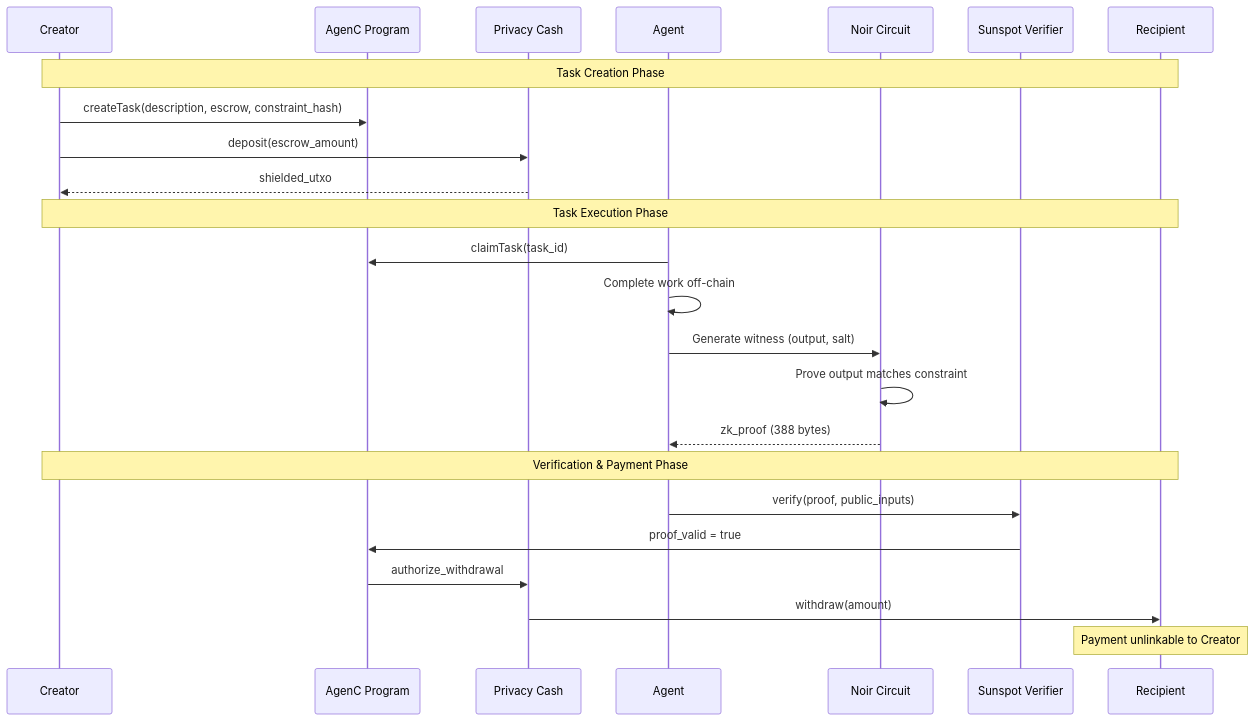
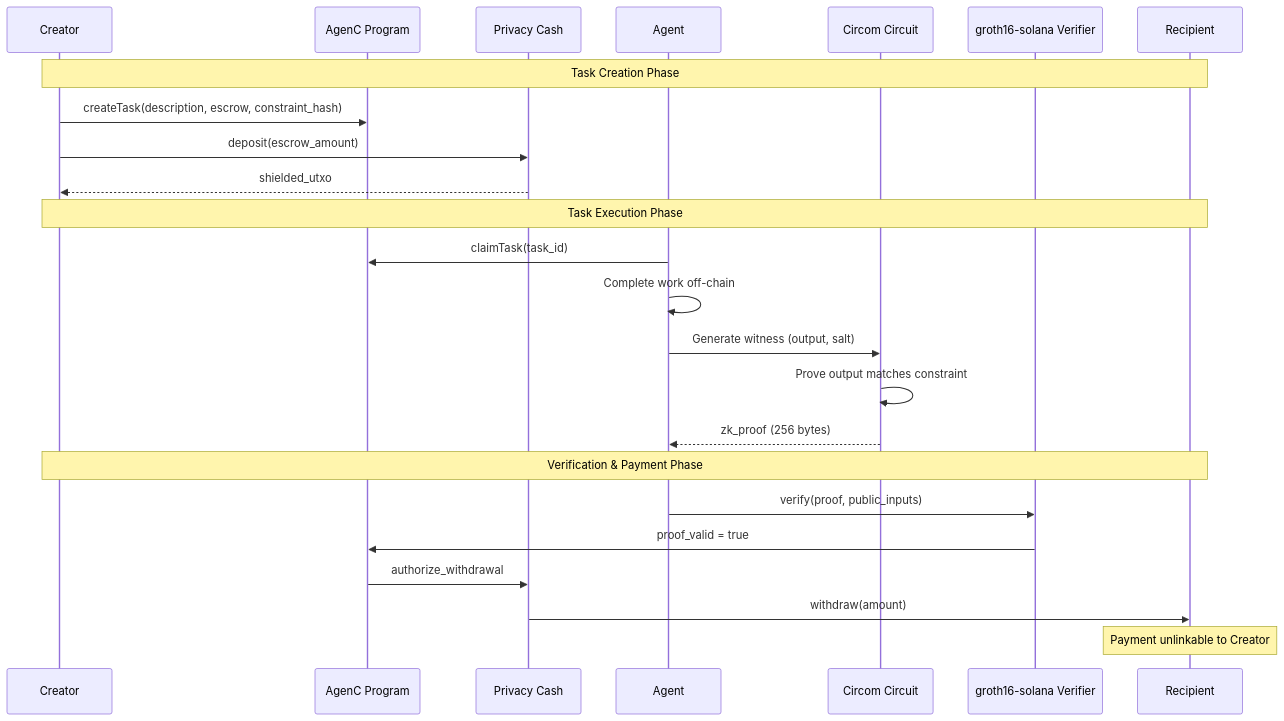
One commit to tetsuo-ai/AgenC changed the second of 2 diagrams in docs/architecture.md. Above: the diagram before and after it, drawn with Mermaid. The commit also changed other lines of this file and 10 other files, not shown here.

Commit message:
docs: remove Sunspot references, update to groth16-solana

````diff
--- a/docs/architecture.md
+++ b/docs/architecture.md
@@ -74,30 +74,30 @@
 ```mermaid
 sequenceDiagram
     participant Creator
     participant AgenC Program
     participant Privacy Cash
     participant Agent
-    participant Noir Circuit
-    participant Sunspot Verifier
+    participant Circom Circuit
+    participant groth16-solana Verifier
     participant Recipient
 
     Note over Creator,Recipient: Task Creation Phase
     Creator->>AgenC Program: createTask(description, escrow, constraint_hash)
     Creator->>Privacy Cash: deposit(escrow_amount)
     Privacy Cash-->>Creator: shielded_utxo
 
     Note over Creator,Recipient: Task Execution Phase
     Agent->>AgenC Program: claimTask(task_id)
     Agent->>Agent: Complete work off-chain
-    Agent->>Noir Circuit: Generate witness (output, salt)
-    Noir Circuit->>Noir Circuit: Prove output matches constraint
-    Noir Circuit-->>Agent: zk_proof (388 bytes)
+    Agent->>Circom Circuit: Generate witness (output, salt)
+    Circom Circuit->>Circom Circuit: Prove output matches constraint
+    Circom Circuit-->>Agent: zk_proof (256 bytes)
 
     Note over Creator,Recipient: Verification & Payment Phase
-    Agent->>Sunspot Verifier: verify(proof, public_inputs)
-    Sunspot Verifier->>AgenC Program: proof_valid = true
+    Agent->>groth16-solana Verifier: verify(proof, public_inputs)
+    groth16-solana Verifier->>AgenC Program: proof_valid = true
     AgenC Program->>Privacy Cash: authorize_withdrawal
     Privacy Cash->>Recipient: withdraw(amount)
 
     Note over Recipient: Payment unlinkable to Creator
 ```
````
